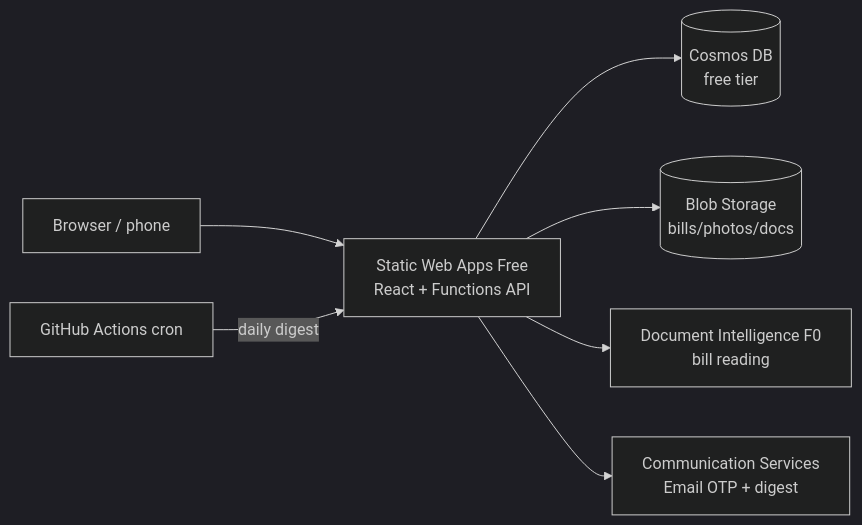
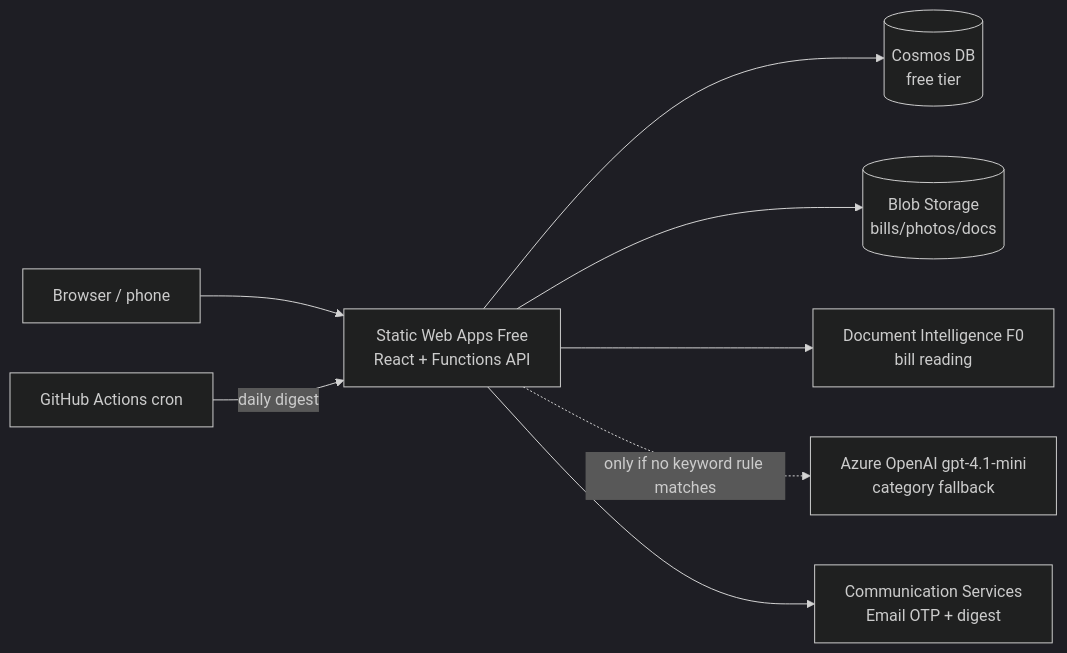
One commit to hsreeramdevops/anantam_ventures changed the diagram in README.md. Above: the diagram before and after it, drawn with Mermaid (dark theme). The commit also changed other lines of this file and 9 other files, not shown here.

First line of the commit message:
Add Azure OpenAI fallback for bill categorisation

````diff
--- a/README.md
+++ b/README.md
@@ -27,9 +27,10 @@
 ```mermaid
 flowchart LR
   U[Browser / phone] --> SWA[Static Web Apps Free<br/>React + Functions API]
   SWA --> C[(Cosmos DB<br/>free tier)]
   SWA --> B[(Blob Storage<br/>bills/photos/docs)]
   SWA --> DI[Document Intelligence F0<br/>bill reading]
+  SWA -.->|only if no keyword rule matches| AOAI[Azure OpenAI gpt-4.1-mini<br/>category fallback]
   SWA --> ACS[Communication Services<br/>Email OTP + digest]
   GH[GitHub Actions cron] -->|daily digest| SWA
 ```
````
